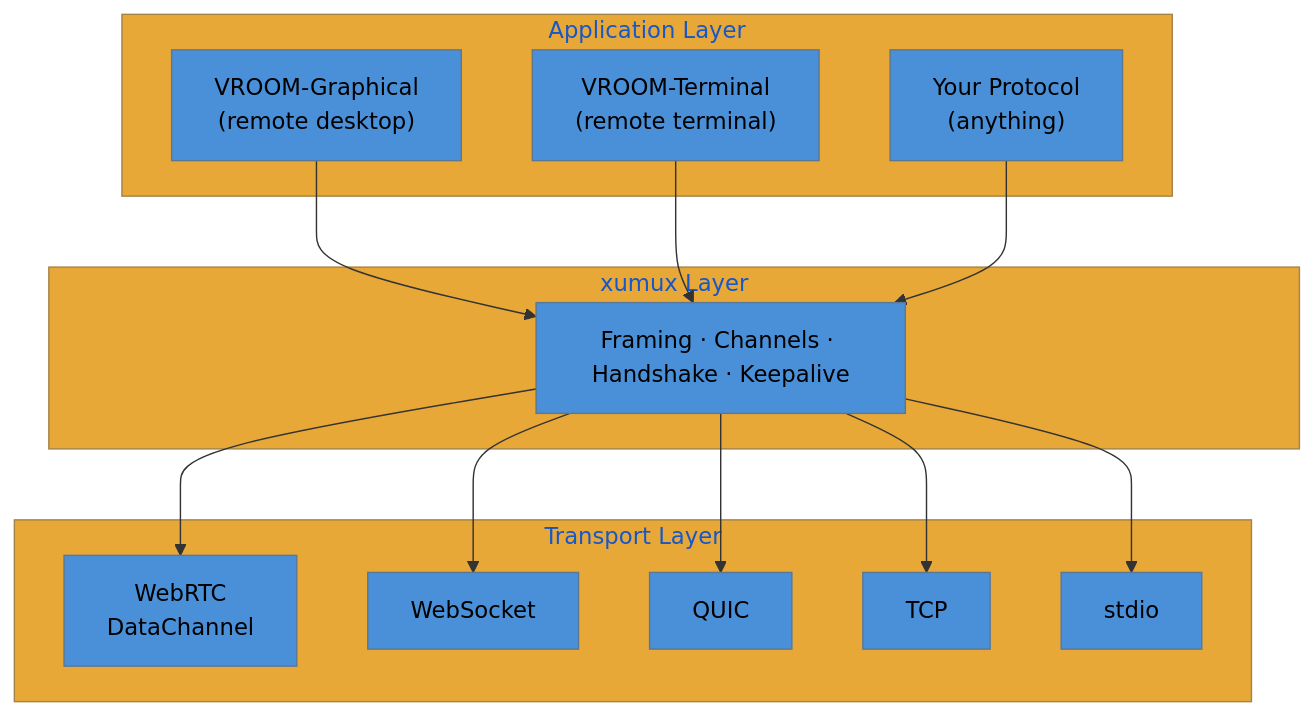
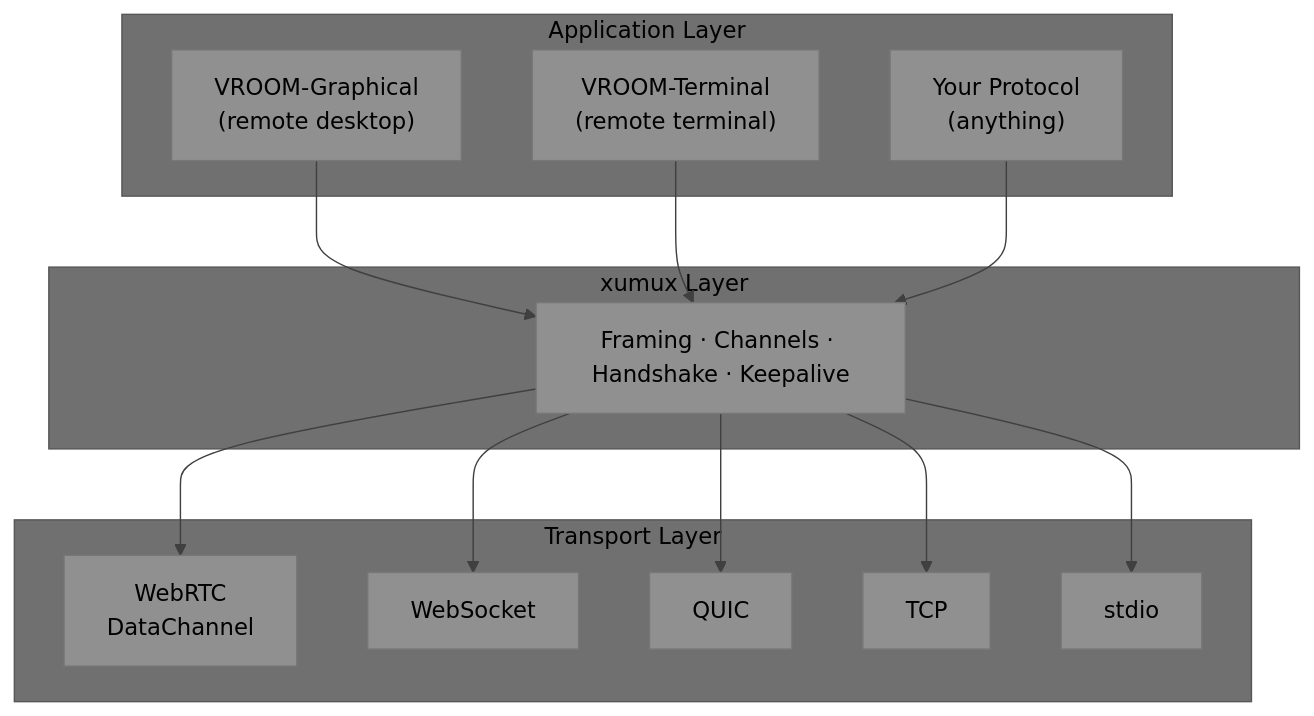
Before and after one commit to deftai/xumux: the first of 16 diagrams in README.md, drawn with Mermaid. The commit also changed other lines of this file, not shown here.

Commit message:
docs: apply grayscale theme to all README mermaid diagrams

````diff
--- a/README.md
+++ b/README.md
@@ -17,30 +17,30 @@
 ```mermaid
-%%{init: {'theme': 'base', 'themeVariables': {'primaryColor': '#4a90d9', 'secondaryColor': '#7ab648', 'tertiaryColor': '#e8a838', 'primaryTextColor': '#000', 'lineColor': '#333'}}}%%
+%%{init: {'theme': 'base', 'themeVariables': {'primaryTextColor': '#000000', 'secondaryTextColor': '#000000', 'tertiaryTextColor': '#000000', 'noteTextColor': '#000000', 'primaryColor': '#909090', 'secondaryColor': '#808080', 'tertiaryColor': '#707070', 'lineColor': '#404040'}}}%%
 graph TB
     subgraph "Application Layer"
         A1["VROOM-Graphical<br/>(remote desktop)"]
         A2["VROOM-Terminal<br/>(remote terminal)"]
         A3["Your Protocol<br/>(anything)"]
     end
 
     subgraph "xumux Layer"
         OM["Framing · Channels · Handshake · Keepalive"]
     end
 
     subgraph "Transport Layer"
         T1["WebRTC<br/>DataChannel"]
         T2["WebSocket"]
         T3["QUIC"]
         T4["TCP"]
         T5["stdio"]
     end
 
     A1 --> OM
     A2 --> OM
     A3 --> OM
     OM --> T1
     OM --> T2
     OM --> T3
     OM --> T4
     OM --> T5
 ```
````
